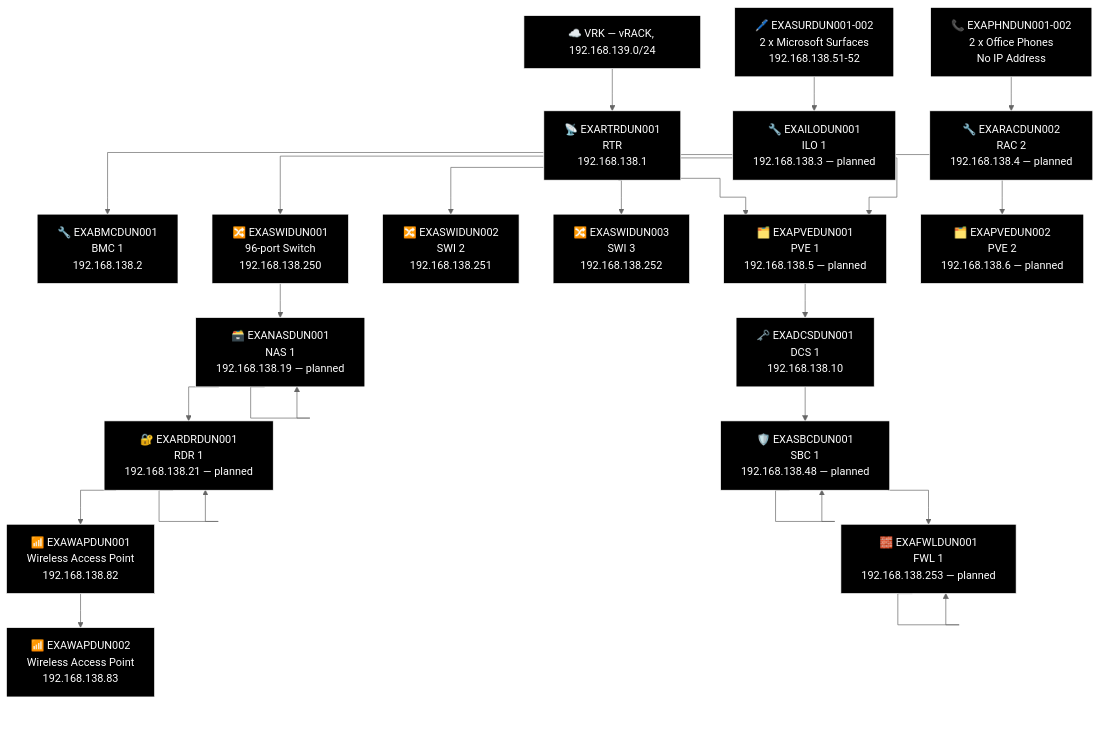
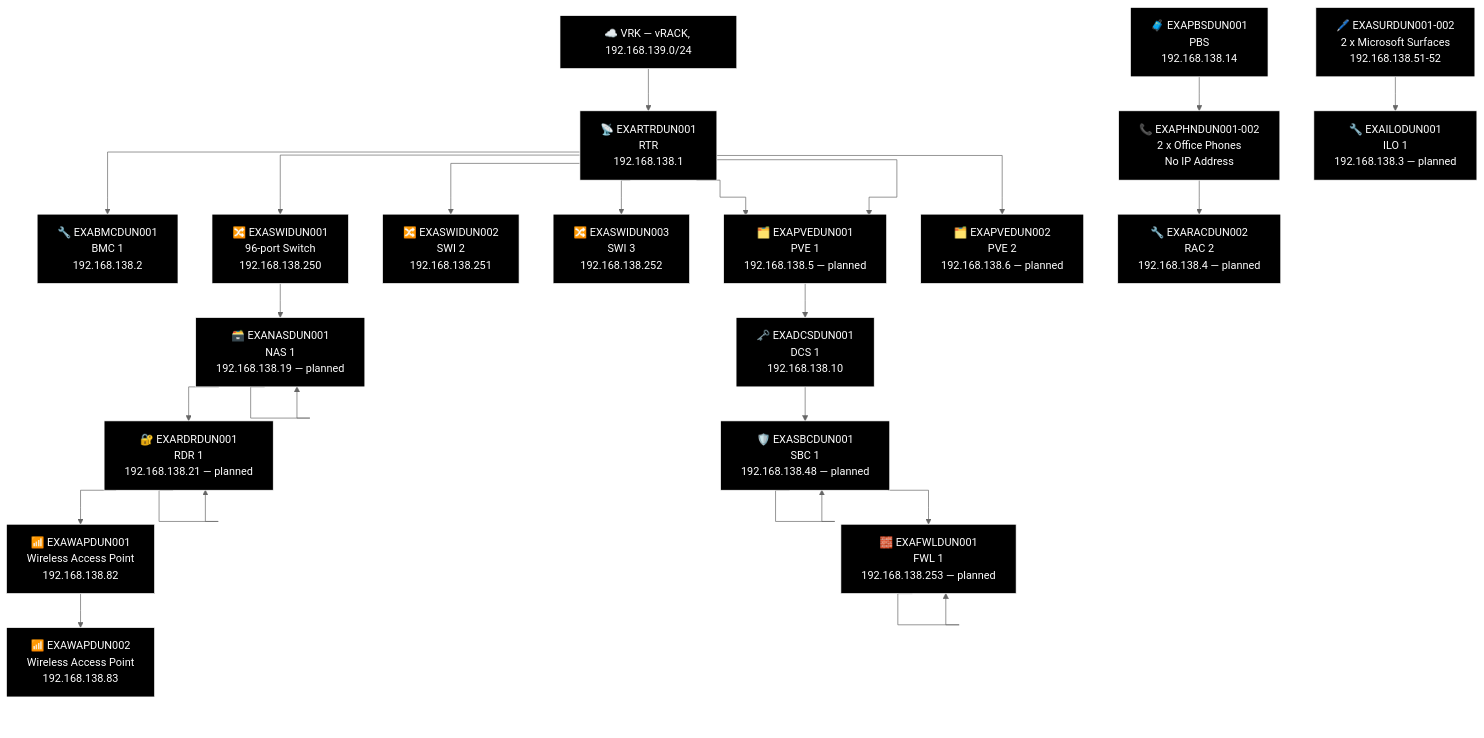
Before and after one commit to knightmare2600/example_music_infra: diagram 15 of 21 in docs/network-diagram/scotland.md, drawn with Mermaid (neutral theme). The commit also changed other lines of this file and 14 other files, not shown here.

First line of the commit message:
docs/network-diagram: regenerate, every site was missing its PBS node

````diff
--- a/docs/network-diagram/scotland.md
+++ b/docs/network-diagram/scotland.md
@@ -915,66 +923,68 @@
 ```mermaid
 %% GENERATED:TOPOLOGY:DUN:START
 %%{init: {'flowchart': {'curve': 'stepAfter'}}}%%
 graph TD
     T_VRK["☁️ VRK — vRACK, 192.168.139.0/24"]
     T_RTR["📡 EXARTRDUN001<br/>RTR<br/>192.168.138.1"]
     T_VRK --> T_RTR
     T_BMC["🔧 EXABMCDUN001<br/>BMC 1<br/>192.168.138.2"]
     T_RTR --> T_BMC
     T_PVE["🗂️ EXAPVEDUN001<br/>PVE 1<br/>192.168.138.5"]
     T_RTR --> T_PVE
     T_SWI["🔀 EXASWIDUN002<br/>SWI 2<br/>192.168.138.251"]
     T_RTR --> T_SWI
     T_SWI2["🔀 EXASWIDUN003<br/>SWI 3<br/>192.168.138.252"]
     T_RTR --> T_SWI2
     T_SWI3["🔀 EXASWIDUN001<br/>96-port Switch<br/>192.168.138.250"]
     T_RTR --> T_SWI3
     T_PVE["🗂️ EXAPVEDUN001<br/>PVE 1<br/>192.168.138.5 — planned"]
     T_RTR --> T_PVE
     T_PVE2["🗂️ EXAPVEDUN002<br/>PVE 2<br/>192.168.138.6 — planned"]
     T_RTR --> T_PVE2
     T_NAS["🗃️ EXANASDUN001<br/>NAS<br/>192.168.138.19"]
     T_NAS["🗃️ EXANASDUN001<br/>NAS 1<br/>192.168.138.19 — planned"]
     T_RDR["🔐 EXARDRDUN001<br/>RDR<br/>192.168.138.21"]
     T_RDR["🔐 EXARDRDUN001<br/>RDR 1<br/>192.168.138.21 — planned"]
     T_WAP["📶 EXAWAPDUN001<br/>Wireless Access Point<br/>192.168.138.82"]
     T_WAP2["📶 EXAWAPDUN002<br/>Wireless Access Point<br/>192.168.138.83"]
     T_SWI3 --> T_NAS --> T_NAS --> T_RDR --> T_RDR --> T_WAP --> T_WAP2
     T_DCS["🗝️ EXADCSDUN001<br/>DCS 1<br/>192.168.138.10"]
     T_SBC["🛡️ EXASBCDUN001<br/>SBC<br/>192.168.138.48"]
     T_SBC["🛡️ EXASBCDUN001<br/>SBC 1<br/>192.168.138.48 — planned"]
     T_FWL["🧱 EXAFWLDUN001<br/>LAN Face<br/>192.168.138.253"]
     T_FWL["🧱 EXAFWLDUN001<br/>FWL 1<br/>192.168.138.253 — planned"]
     T_PVE --> T_DCS --> T_SBC --> T_SBC --> T_FWL --> T_FWL
+    T_PBS["🧳 EXAPBSDUN001<br/>PBS<br/>192.168.138.14"]
     T_OTH_SUR["🖊️ EXASURDUN001-002<br/>2 x Microsoft Surfaces<br/>192.168.138.51-52"]
     T_OTH_PHN["📞 EXAPHNDUN001-002<br/>2 x Office Phones<br/>No IP Address"]
     T_ILO["🔧 EXAILODUN001<br/>ILO 1<br/>192.168.138.3 — planned"]
     T_RAC["🔧 EXARACDUN002<br/>RAC 2<br/>192.168.138.4 — planned"]
+    T_PBS --> T_OTH_PHN --> T_RAC
     T_OTH_SUR --> T_ILO
-    T_OTH_PHN --> T_RAC
     style T_VRK fill:#000000,stroke:#FFFFFF,color:#FFFFFF
     style T_RTR fill:#000000,stroke:#FFFFFF,color:#FFFFFF
     style T_BMC fill:#000000,stroke:#FFFFFF,color:#FFFFFF
     style T_PVE fill:#000000,stroke:#FFFFFF,color:#FFFFFF
     style T_SWI fill:#000000,stroke:#FFFFFF,color:#FFFFFF
     style T_SWI2 fill:#000000,stroke:#FFFFFF,color:#FFFFFF
     style T_SWI3 fill:#000000,stroke:#FFFFFF,color:#FFFFFF
     style T_PVE fill:#000000,stroke:#FFFFFF,color:#FFFFFF
     style T_PVE2 fill:#000000,stroke:#FFFFFF,color:#FFFFFF
     style T_NAS fill:#000000,stroke:#FFFFFF,color:#FFFFFF
     style T_NAS fill:#000000,stroke:#FFFFFF,color:#FFFFFF
     style T_RDR fill:#000000,stroke:#FFFFFF,color:#FFFFFF
     style T_RDR fill:#000000,stroke:#FFFFFF,color:#FFFFFF
     style T_WAP fill:#000000,stroke:#FFFFFF,color:#FFFFFF
     style T_WAP2 fill:#000000,stroke:#FFFFFF,color:#FFFFFF
     style T_DCS fill:#000000,stroke:#FFFFFF,color:#FFFFFF
     style T_SBC fill:#000000,stroke:#FFFFFF,color:#FFFFFF
     style T_SBC fill:#000000,stroke:#FFFFFF,color:#FFFFFF
     style T_FWL fill:#000000,stroke:#FFFFFF,color:#FFFFFF
     style T_FWL fill:#000000,stroke:#FFFFFF,color:#FFFFFF
+    style T_PBS fill:#000000,stroke:#FFFFFF,color:#FFFFFF
     style T_OTH_SUR fill:#000000,stroke:#FFFFFF,color:#FFFFFF
     style T_OTH_PHN fill:#000000,stroke:#FFFFFF,color:#FFFFFF
     style T_ILO fill:#000000,stroke:#FFFFFF,color:#FFFFFF
     style T_RAC fill:#000000,stroke:#FFFFFF,color:#FFFFFF
 %% GENERATED:TOPOLOGY:DUN:END
 ```
````
